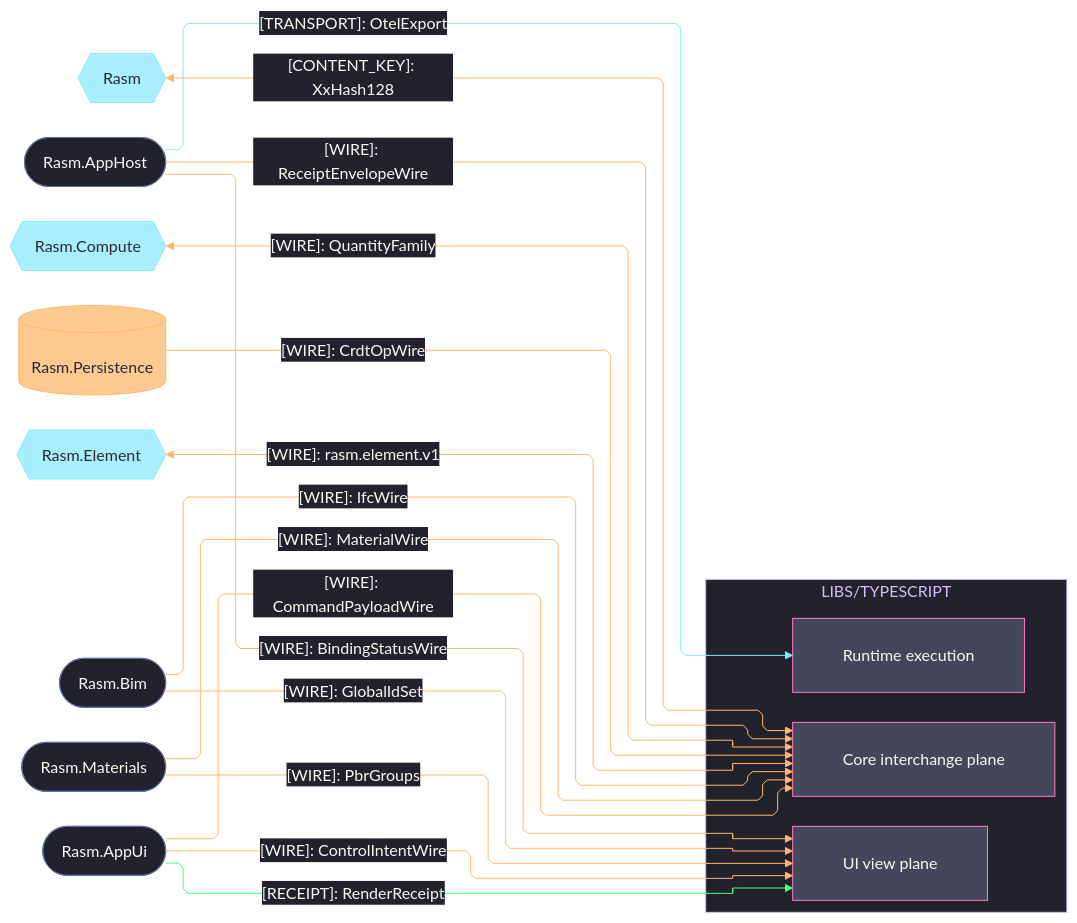
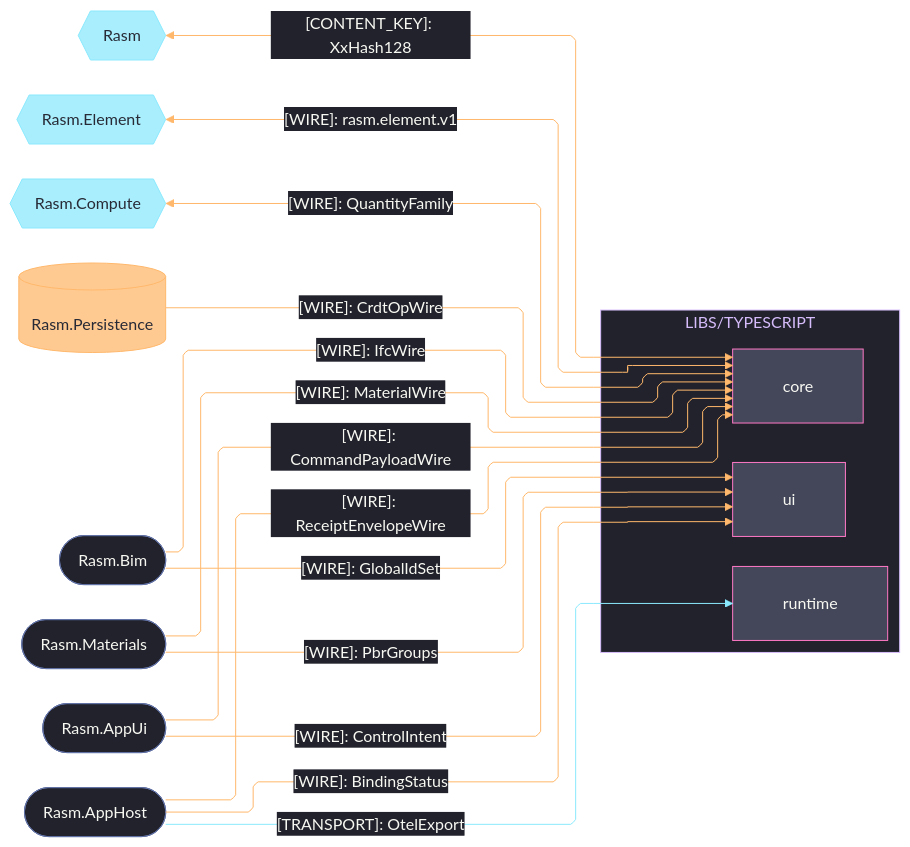
One commit to bsamiee/Rasm changed the second of 2 diagrams in libs/typescript/.planning/ARCHITECTURE.md. Above: the diagram before and after it, drawn with Mermaid. The commit also changed other lines of this file and 24 other files, not shown here.

Commit message:
architecture: seam registries + codemaps aligned across the estate (worker fabric edges, scene rows, csharp/ts seam mirrors)

````diff
--- a/libs/typescript/.planning/ARCHITECTURE.md
+++ b/libs/typescript/.planning/ARCHITECTURE.md
@@ -19,72 +105,69 @@
 ```mermaid
 ---
 config:
   theme: base
   look: classic
   layout: elk
   flowchart:
     curve: linear
     padding: 25
   themeVariables:
     darkMode: true
     fontFamily: "SF Mono, Menlo, Cascadia Mono, Segoe UI Mono, Consolas, monospace"
     useGradient: false
     dropShadow: "none"
     background: "#282A36"
     primaryColor: "#44475A"
     primaryTextColor: "#F8F8F2"
     primaryBorderColor: "#BD93F9"
     lineColor: "#FF79C6"
     textColor: "#F8F8F2"
     clusterBkg: "#21222C"
     clusterBorder: "#D6BCFA"
     edgeLabelBackground: "#21222C"
     labelBackgroundColor: "#21222C"
     titleColor: "#D6BCFA"
   themeCSS: ".nodeLabel{font-size:13px;font-weight:500}.edgeLabel{font-size:12px;font-weight:500}.cluster-label .nodeLabel{font-size:13.5px;font-weight:700;letter-spacing:.08em}.edge-thickness-normal{stroke-width:2px}.edge-thickness-thick{stroke-width:3px}.edge-pattern-dashed,.edge-pattern-dotted{stroke-width:1.5px;stroke-dasharray:4 6}.node rect,.node circle,.node polygon,.node path,.node .outer-path{stroke-width:1.5px;filter:none!important}.cluster rect{stroke-width:1px!important;stroke-dasharray:5 4!important;filter:none!important}.marker path{transform:scale(.8);transform-origin:5px 5px}.marker circle{transform:scale(.48);transform-origin:5px 5px}.edgeLabel rect{transform-box:fill-box;transform-origin:center;transform:scale(1.1,1.2)}"
 ---
 flowchart LR
-    accTitle: TypeScript branch seam registry
-    accDescr: TypeScript branch owners core, runtime, and ui consuming kinded wires produced by the C# packages, edge rails colored by kind and nodes classed by seam direction.
+    accTitle: TypeScript branch C# seam registry
+    accDescr: TypeScript owners core, runtime, and ui exchanging kinded wires with the C# packages — data-bearing kinds on the orange rail, telemetry transport on the cyan rail — persistence as the one data store, bidirectional peers as hexagons, one-way sources as stadiums.
     subgraph ts[LIBS/TYPESCRIPT]
-        Core[Core interchange plane]
-        Runtime[Runtime execution]
-        Ui[UI view plane]
+        Core[core]
+        Runtime[runtime]
+        Ui[ui]
     end
     Rasm{{Rasm}}
-    AppHost([Rasm.AppHost])
+    Element{{Rasm.Element}}
     Compute{{Rasm.Compute}}
     Persistence[(Rasm.Persistence)]
-    Element{{Rasm.Element}}
     Bim([Rasm.Bim])
     Materials([Rasm.Materials])
     AppUi([Rasm.AppUi])
+    AppHost([Rasm.AppHost])
     Rasm e1@<-->|"[CONTENT_KEY]: XxHash128"| Core
-    AppHost e2@-->|"[WIRE]: ReceiptEnvelopeWire"| Core
+    Element e2@<-->|"[WIRE]: rasm.element.v1"| Core
     Compute e3@<-->|"[WIRE]: QuantityFamily"| Core
     Persistence e4@-->|"[WIRE]: CrdtOpWire"| Core
-    Element e5@<-->|"[WIRE]: rasm.element.v1"| Core
     Bim e6@-->|"[WIRE]: IfcWire"| Core
     Materials e7@-->|"[WIRE]: MaterialWire"| Core
     AppUi e8@-->|"[WIRE]: CommandPayloadWire"| Core
+    AppHost e5@-->|"[WIRE]: ReceiptEnvelopeWire"| Core
+    Bim e12@-->|"[WIRE]: GlobalIdSet"| Ui
+    Materials e13@-->|"[WIRE]: PbrGroups"| Ui
+    AppUi e11@-->|"[WIRE]: ControlIntent"| Ui
+    AppHost e10@-->|"[WIRE]: BindingStatus"| Ui
     AppHost e9@-->|"[TRANSPORT]: OtelExport"| Runtime
-    AppHost e10@-->|"[WIRE]: BindingStatusWire"| Ui
-    AppUi e11@-->|"[WIRE]: ControlIntentWire"| Ui
-    AppUi e12@-->|"[RECEIPT]: RenderReceipt"| Ui
-    Bim e13@-->|"[WIRE]: GlobalIdSet"| Ui
-    Materials e14@-->|"[WIRE]: PbrGroups"| Ui
     classDef primary fill:#44475A,stroke:#FF79C6,color:#F8F8F2
     classDef external fill:#8BE9FDBF,stroke:#8BE9FD,color:#282A36
     classDef data fill:#FFB86CBF,stroke:#FFB86C,color:#282A36
-    classDef annotation fill:#21222C,stroke:#6272A4,color:#F8F8F2
+    classDef recessed fill:#21222C,stroke:#6272A4,color:#F8F8F2
     classDef edgeData stroke:#FFB86C,color:#F8F8F2
-    classDef edgeSuccess stroke:#50FA7B,color:#F8F8F2
     classDef edgeExternal stroke:#8BE9FD,color:#F8F8F2
     class Core,Runtime,Ui primary
-    class Rasm,Compute,Element external
+    class Rasm,Element,Compute external
     class Persistence data
-    class AppHost,Bim,Materials,AppUi annotation
-    class e1,e2,e3,e4,e5,e6,e7,e8,e10,e11,e13,e14 edgeData
-    class e12 edgeSuccess
+    class AppHost,Bim,Materials,AppUi recessed
+    class e1,e2,e3,e4,e5,e6,e7,e8,e10,e11,e12,e13 edgeData
     class e9 edgeExternal
 ```
````
